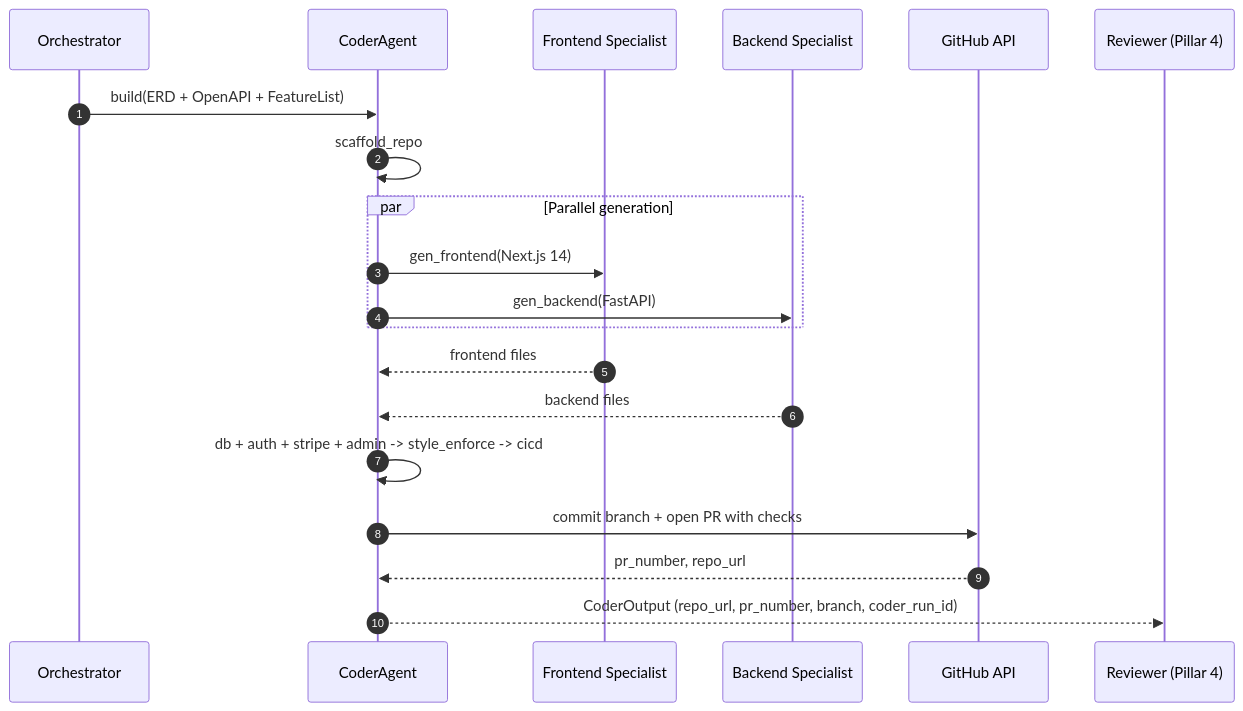
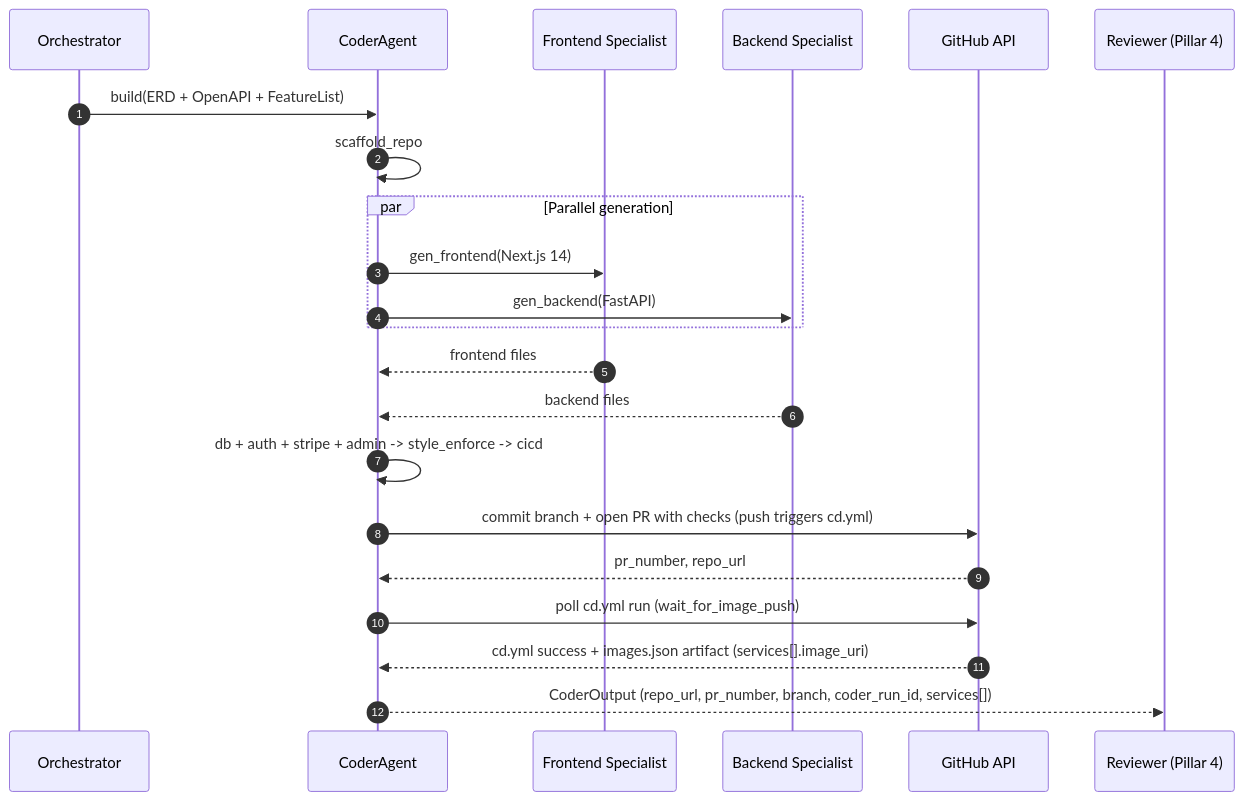
Before and after one commit to kaushraj1/AutoFounder: the diagram in .claude/developer-plans/04-kartik-pillar-3-codegen-plan.md, drawn with Mermaid. The commit also changed other lines of this file and 5 other files, not shown here.

````diff
--- a/.claude/developer-plans/04-kartik-pillar-3-codegen-plan.md
+++ b/.claude/developer-plans/04-kartik-pillar-3-codegen-plan.md
@@ -233,23 +244,25 @@
 ```mermaid
 sequenceDiagram
     autonumber
     participant Orch as Orchestrator
     participant Cod as CoderAgent
     participant FE as Frontend Specialist
     participant BE as Backend Specialist
     participant GH as GitHub API
     participant Rev as Reviewer (Pillar 4)
 
     Orch->>Cod: build(ERD + OpenAPI + FeatureList)
     Cod->>Cod: scaffold_repo
     par Parallel generation
         Cod->>FE: gen_frontend(Next.js 14)
         Cod->>BE: gen_backend(FastAPI)
     end
     FE-->>Cod: frontend files
     BE-->>Cod: backend files
     Cod->>Cod: db + auth + stripe + admin -> style_enforce -> cicd
-    Cod->>GH: commit branch + open PR with checks
+    Cod->>GH: commit branch + open PR with checks (push triggers cd.yml)
     GH-->>Cod: pr_number, repo_url
-    Cod-->>Rev: CoderOutput (repo_url, pr_number, branch, coder_run_id)
+    Cod->>GH: poll cd.yml run (wait_for_image_push)
+    GH-->>Cod: cd.yml success + images.json artifact (services[].image_uri)
+    Cod-->>Rev: CoderOutput (repo_url, pr_number, branch, coder_run_id, services[])
 ```
````
